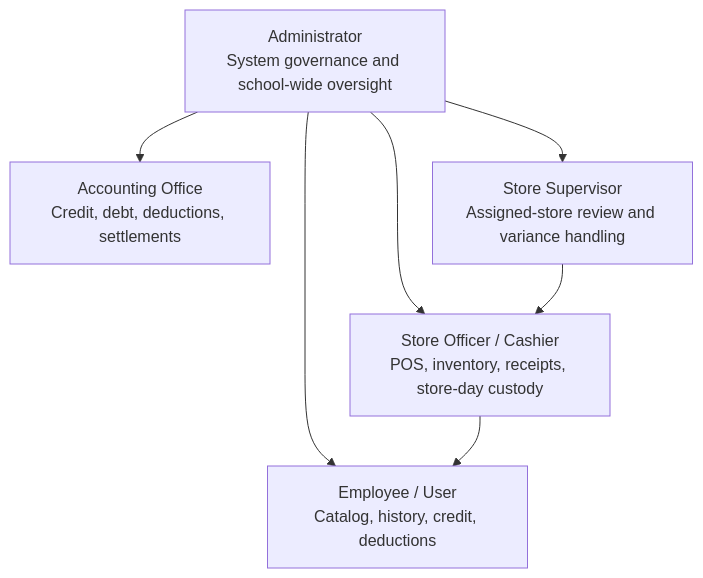
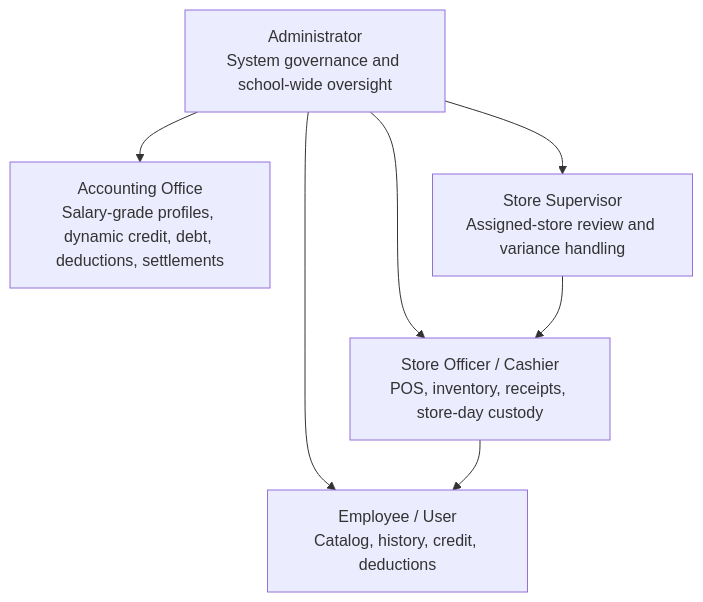
Before and after one commit to DonDon14/ibems-capstone: the first of 2 diagrams in docs/system-hierarchy.md, drawn with Mermaid. The commit also changed other lines of this file and 23 other files, not shown here.

Commit message:
Add salary-grade credit policy and client hierarchy

````diff
--- a/docs/system-hierarchy.md
+++ b/docs/system-hierarchy.md
@@ -5,15 +5,15 @@
 ```mermaid
 flowchart TD
     ADMIN[Administrator<br/>System governance and school-wide oversight]
-    ACCT[Accounting Office<br/>Credit, debt, deductions, settlements]
+    ACCT[Accounting Office<br/>Salary-grade profiles, dynamic credit, debt, deductions, settlements]
     SUP[Store Supervisor<br/>Assigned-store review and variance handling]
     STORE[Store Officer / Cashier<br/>POS, inventory, receipts, store-day custody]
     USER[Employee / User<br/>Catalog, history, credit, deductions]
 
     ADMIN --> ACCT
     ADMIN --> SUP
     ADMIN --> STORE
     ADMIN --> USER
     SUP --> STORE
     STORE --> USER
 ```
````
